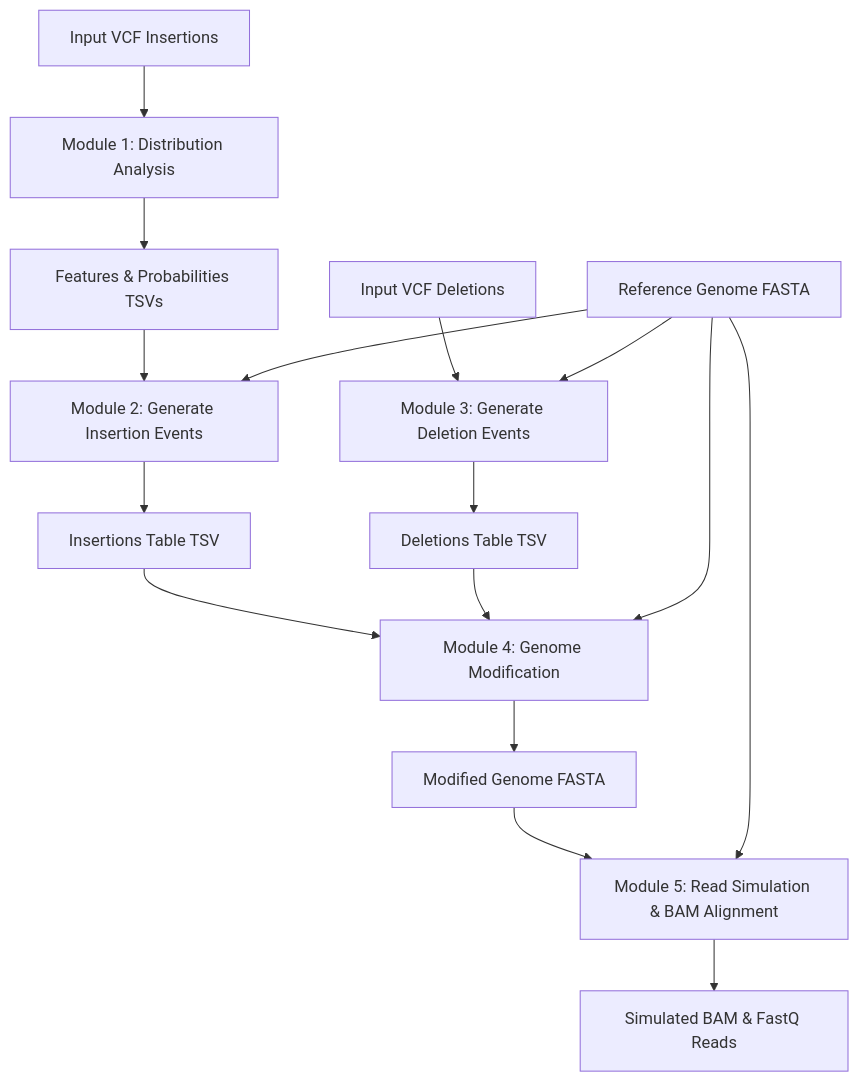
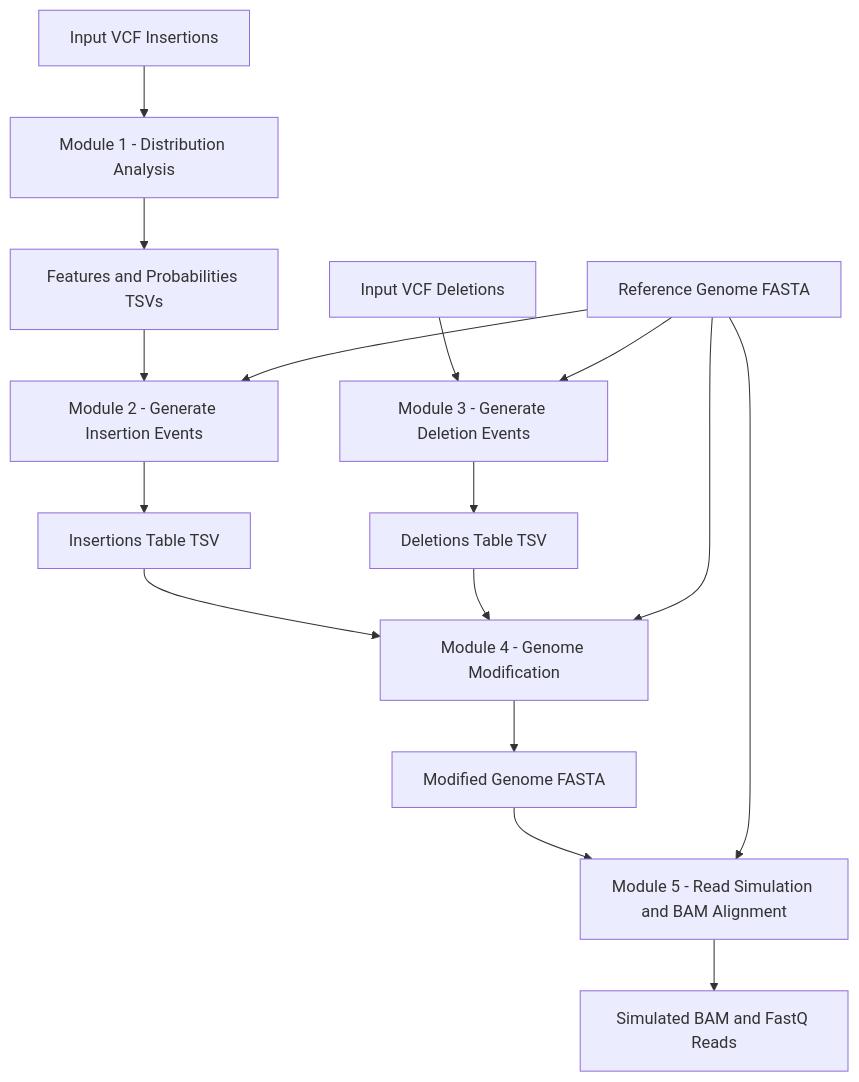
Before and after one commit to biocorecrg/SVModeller: the diagram in docs/index.md, drawn with Mermaid.

Commit message:
adding more documentation

````diff
--- a/docs/index.md
+++ b/docs/index.md
@@ -27,21 +27,21 @@
 ```mermaid
 graph TD
-    VCF_IN["Input VCF Insertions"] --> M1["Module 1: Distribution Analysis"]
-    M1 --> DIST["Features & Probabilities TSVs"]
-    DIST --> M2["Module 2: Generate Insertion Events"]
-    REF_FA["Reference Genome FASTA"] --> M2
-    M2 --> INS_TAB["Insertions Table TSV"]
+    VCF_IN[Input VCF Insertions] --> M1[Module 1 - Distribution Analysis]
+    M1 --> DIST[Features and Probabilities TSVs]
+    DIST --> M2[Module 2 - Generate Insertion Events]
+    REF_FA[Reference Genome FASTA] --> M2
+    M2 --> INS_TAB[Insertions Table TSV]
 
-    VCF_DEL["Input VCF Deletions"] --> M3["Module 3: Generate Deletion Events"]
+    VCF_DEL[Input VCF Deletions] --> M3[Module 3 - Generate Deletion Events]
     REF_FA --> M3
-    M3 --> DEL_TAB["Deletions Table TSV"]
+    M3 --> DEL_TAB[Deletions Table TSV]
 
-    INS_TAB --> M4["Module 4: Genome Modification"]
+    INS_TAB --> M4[Module 4 - Genome Modification]
     DEL_TAB --> M4
     REF_FA --> M4
-    M4 --> MOD_FA["Modified Genome FASTA"]
+    M4 --> MOD_FA[Modified Genome FASTA]
 
-    MOD_FA --> M5["Module 5: Read Simulation & BAM Alignment"]
+    MOD_FA --> M5[Module 5 - Read Simulation and BAM Alignment]
     REF_FA --> M5
-    M5 --> BAM["Simulated BAM & FastQ Reads"]
+    M5 --> BAM[Simulated BAM and FastQ Reads]
 ```
````
